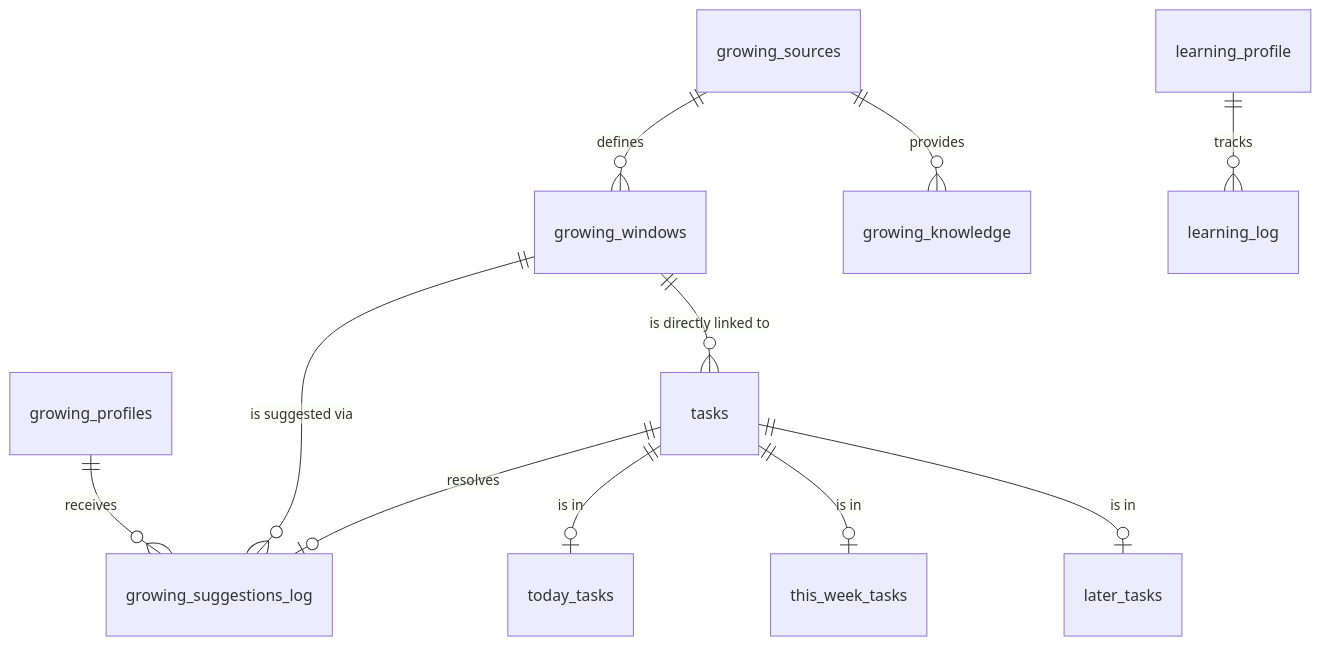
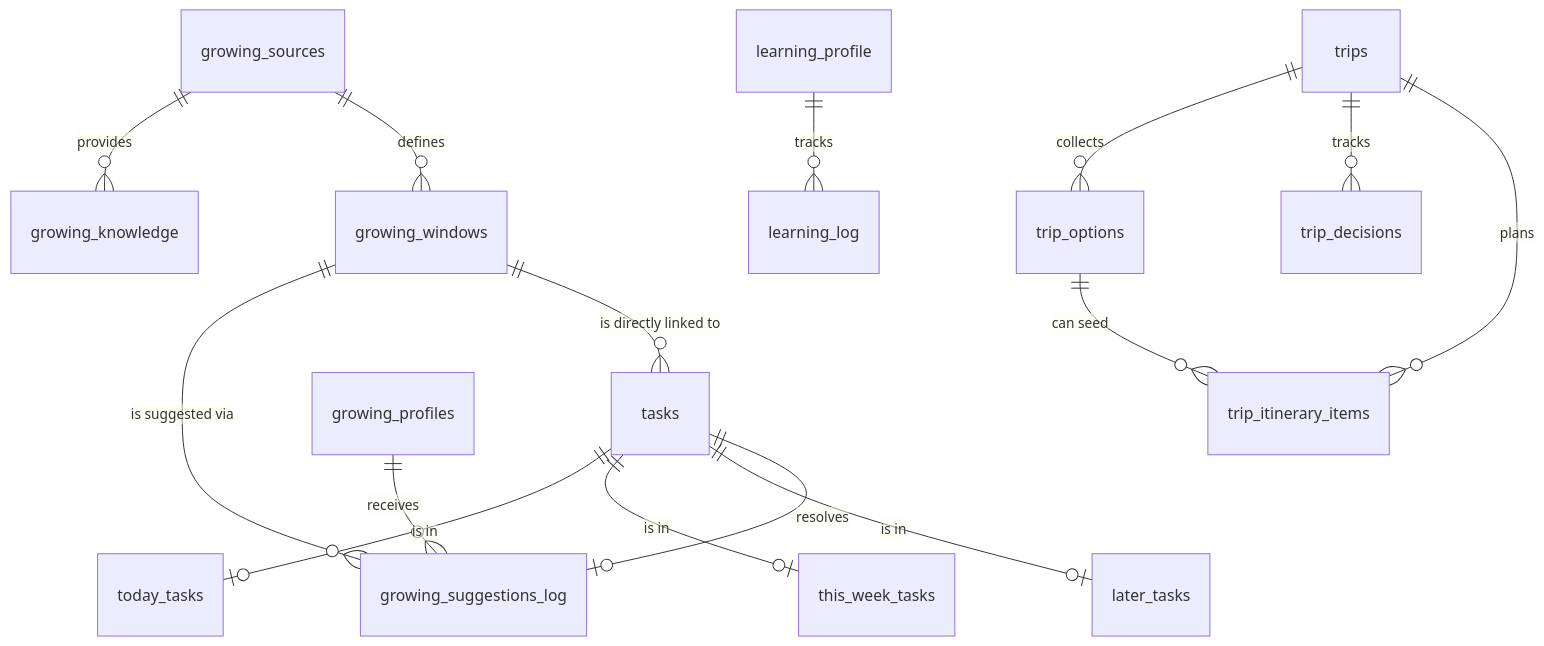
The diagram in docs/DATABASE-ARCHITECTURE.md (dukemai/agent-worker), drawn with Mermaid before and after one commit. The commit also changed other lines of this file and 72 other files, not shown here.

````diff
--- a/docs/DATABASE-ARCHITECTURE.md
+++ b/docs/DATABASE-ARCHITECTURE.md
@@ -7,16 +7,20 @@
 ```mermaid
 erDiagram
     tasks ||--o| today_tasks : "is in"
     tasks ||--o| this_week_tasks : "is in"
     tasks ||--o| later_tasks : "is in"
     
     growing_profiles ||--o{ growing_suggestions_log : "receives"
     growing_windows ||--o{ growing_suggestions_log : "is suggested via"
     growing_windows ||--o{ tasks : "is directly linked to"
     tasks ||--o| growing_suggestions_log : "resolves"
     
     growing_sources ||--o{ growing_knowledge : "provides"
     growing_sources ||--o{ growing_windows : "defines"
     
     learning_profile ||--o{ learning_log : "tracks"
+    trips ||--o{ trip_options : "collects"
+    trips ||--o{ trip_decisions : "tracks"
+    trips ||--o{ trip_itinerary_items : "plans"
+    trip_options ||--o{ trip_itinerary_items : "can seed"
 ```
````
